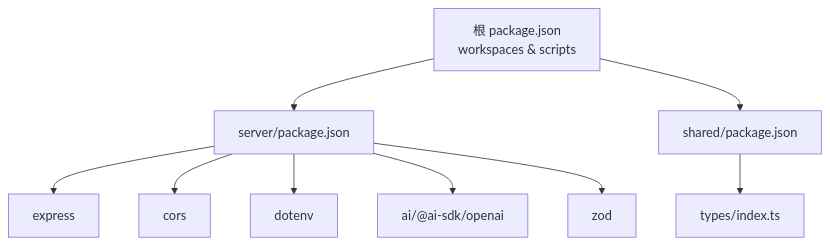
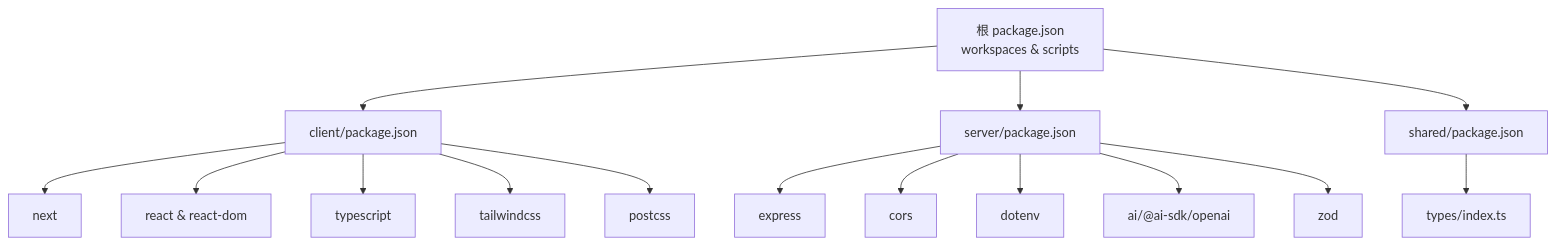
The seventh of 7 diagrams in .qoder/repowiki/zh/content/开发指南.md (aHin0805/FH6CarSettingAgent), drawn with Mermaid before and after one commit. The commit also changed other lines of this file and 12 other files, not shown here.

````diff
--- a/.qoder/repowiki/zh/content/开发指南.md
+++ b/.qoder/repowiki/zh/content/开发指南.md
@@ -250,11 +317,17 @@
 ```mermaid
 graph TB
-RootPkg["根 package.json<br/>workspaces & scripts"] --> ServerPkg["server/package.json"]
+RootPkg["根 package.json<br/>workspaces & scripts"] --> ClientPkg["client/package.json"]
+RootPkg --> ServerPkg["server/package.json"]
 RootPkg --> SharedPkg["shared/package.json"]
+ClientPkg --> NextJS["next"]
+ClientPkg --> React["react & react-dom"]
+ClientPkg --> TypeScript["typescript"]
+ClientPkg --> TailwindCSS["tailwindcss"]
+ClientPkg --> PostCSS["postcss"]
 ServerPkg --> Express["express"]
 ServerPkg --> CORS["cors"]
 ServerPkg --> Dotenv["dotenv"]
 ServerPkg --> AISDK["ai/@ai-sdk/openai"]
 ServerPkg --> Zod["zod"]
 SharedPkg --> Types["types/index.ts"]
 ```
````
